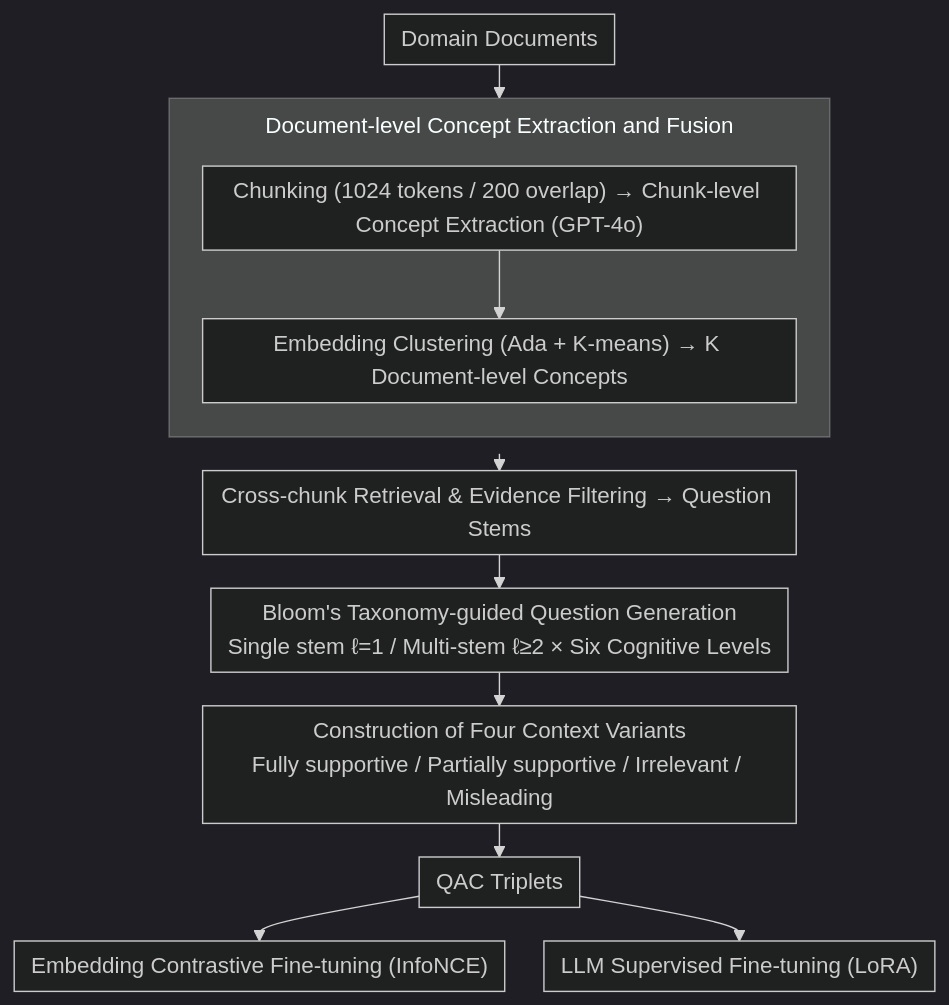
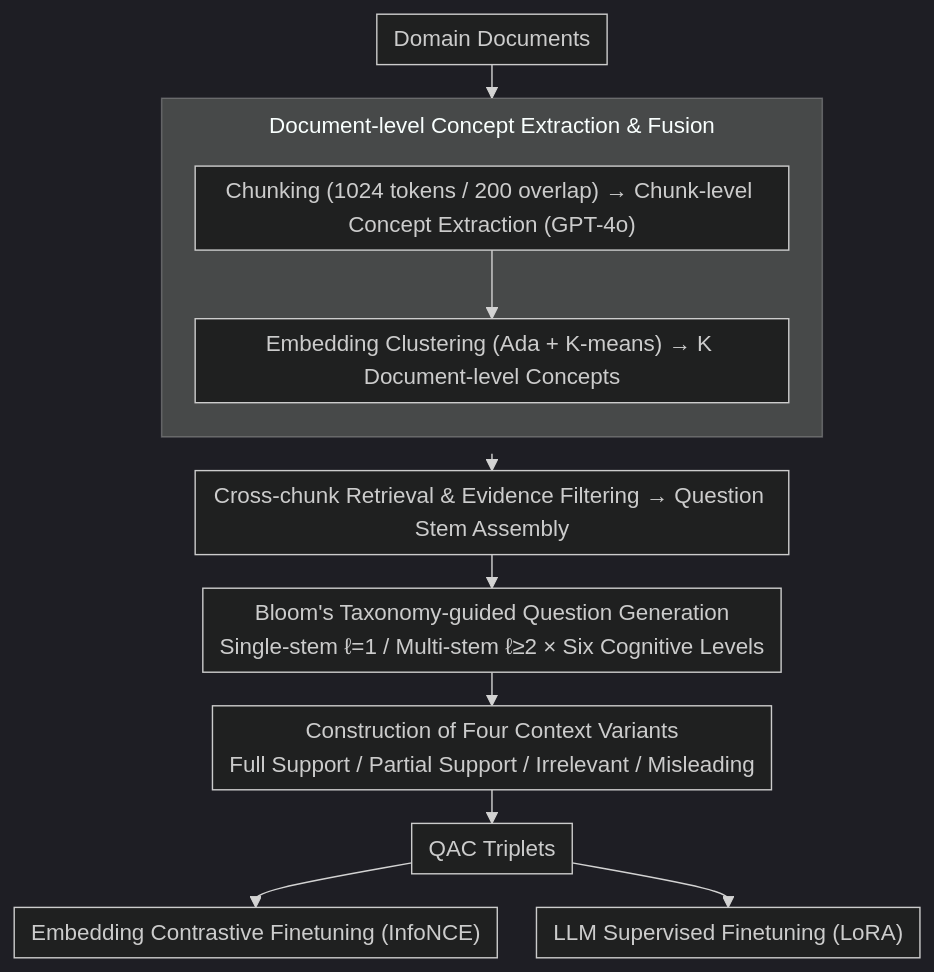
Before and after one commit to zhaoyang97/Paper-Notes-en: the diagram in docs/ACL2026/information_retrieval/domain-specific_data_generation_framework_for_rag_adaptation.md, drawn with Mermaid (dark theme). The commit also changed other lines of this file and 5084 other files, not shown here.

````diff
--- a/docs/ACL2026/information_retrieval/domain-specific_data_generation_framework_for_rag_adaptation.md
+++ b/docs/ACL2026/information_retrieval/domain-specific_data_generation_framework_for_rag_adaptation.md
@@ -44,15 +44,15 @@
 ```mermaid
 %%{init: {'flowchart': {'rankSpacing': 24, 'nodeSpacing': 28, 'padding': 6, 'wrappingWidth': 400, 'subGraphTitleMargin': {'top': 8, 'bottom': 16}}}}%%
 flowchart TD
     A["Domain Documents"] --> B
-    subgraph S1["Document-level Concept Extraction and Fusion"]
+    subgraph S1["Document-level Concept Extraction & Fusion"]
         direction TB
         B["Chunking (1024 tokens / 200 overlap) → Chunk-level Concept Extraction (GPT-4o)"] --> C["Embedding Clustering (Ada + K-means) → K Document-level Concepts"]
     end
-    S1 --> D["Cross-chunk Retrieval & Evidence Filtering → Question Stems"]
-    D --> E["Bloom's Taxonomy-guided Question Generation<br/>Single stem ℓ=1 / Multi-stem ℓ≥2 × Six Cognitive Levels"]
-    E --> F["Construction of Four Context Variants<br/>Fully supportive / Partially supportive / Irrelevant / Misleading"]
+    S1 --> D["Cross-chunk Retrieval & Evidence Filtering → Question Stem Assembly"]
+    D --> E["Bloom's Taxonomy-guided Question Generation<br/>Single-stem ℓ=1 / Multi-stem ℓ≥2 × Six Cognitive Levels"]
+    E --> F["Construction of Four Context Variants<br/>Full Support / Partial Support / Irrelevant / Misleading"]
     F --> G["QAC Triplets"]
-    G --> H["Embedding Contrastive Fine-tuning (InfoNCE)"]
-    G --> I["LLM Supervised Fine-tuning (LoRA)"]
+    G --> H["Embedding Contrastive Finetuning (InfoNCE)"]
+    G --> I["LLM Supervised Finetuning (LoRA)"]
 ```
````
